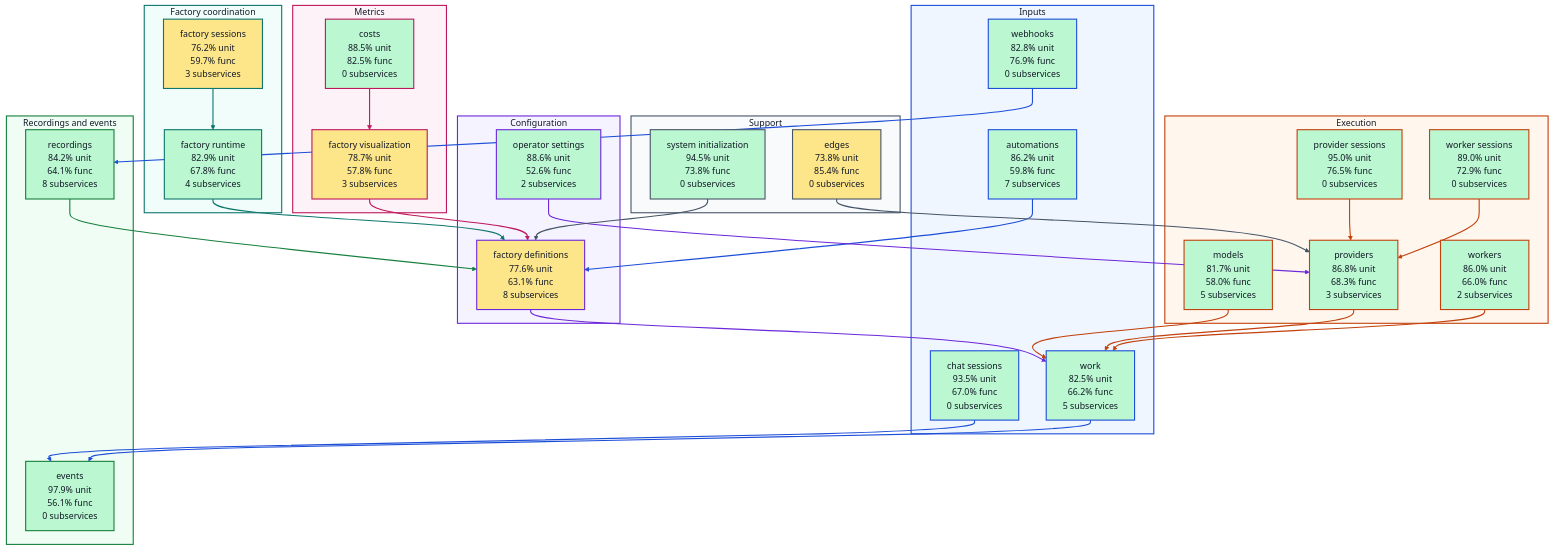
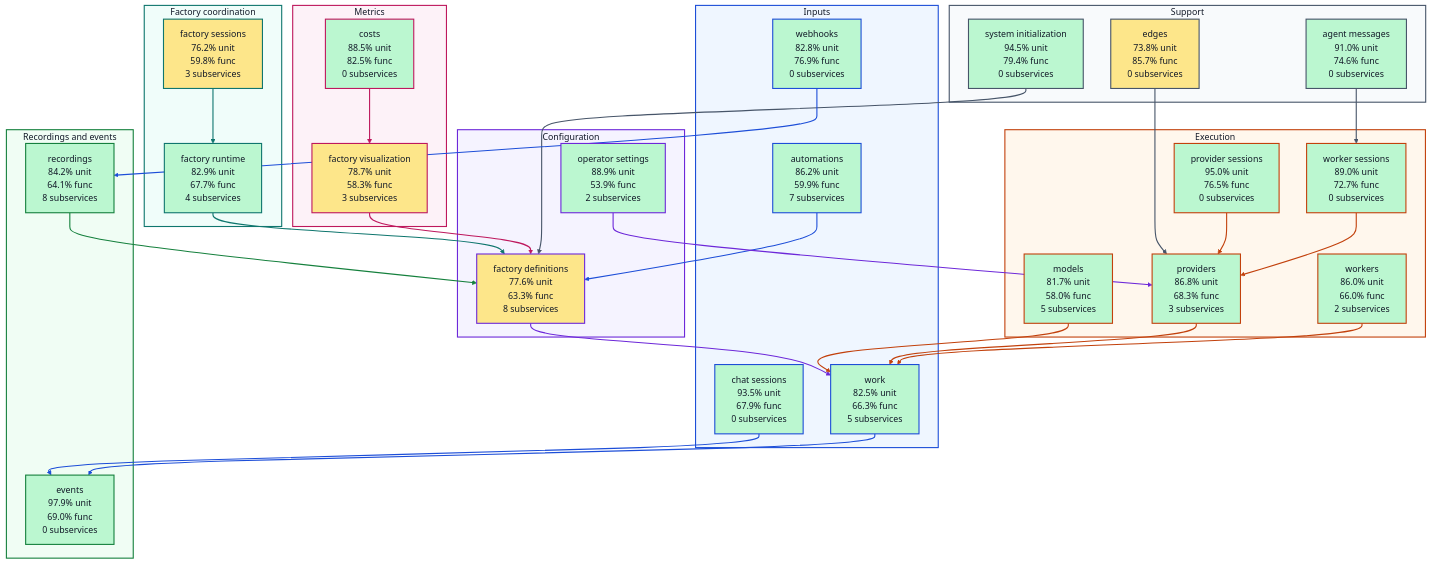
The diagram in docs/architecture/visualizations/high-level-test-coverage.md (portpowered/you-agent-factory), drawn with Mermaid (forest theme) before and after one commit. The commit also changed other lines of this file and 21 other files, not shown here.

Commit message:
docs: refresh backend architecture visualizations

````diff
--- a/docs/architecture/visualizations/high-level-test-coverage.md
+++ b/docs/architecture/visualizations/high-level-test-coverage.md
@@ -11,38 +11,40 @@
 ```mermaid
 flowchart TB
   subgraph input["Inputs"]
-    s_services_automations["automations<br/>86.2% unit<br/>59.8% func<br/>7 subservices"]
-    s_services_chat_sessions["chat sessions<br/>93.5% unit<br/>67.0% func<br/>0 subservices"]
+    s_services_automations["automations<br/>86.2% unit<br/>59.9% func<br/>7 subservices"]
+    s_services_chat_sessions["chat sessions<br/>93.5% unit<br/>67.9% func<br/>0 subservices"]
     s_services_webhooks["webhooks<br/>82.8% unit<br/>76.9% func<br/>0 subservices"]
-    s_services_work["work<br/>82.5% unit<br/>66.2% func<br/>5 subservices"]
+    s_services_work["work<br/>82.5% unit<br/>66.3% func<br/>5 subservices"]
   end
   subgraph configuration["Configuration"]
-    s_services_factory_definitions["factory definitions<br/>77.6% unit<br/>63.1% func<br/>8 subservices"]
-    s_services_operator_settings["operator settings<br/>88.6% unit<br/>52.6% func<br/>2 subservices"]
+    s_services_factory_definitions["factory definitions<br/>77.6% unit<br/>63.3% func<br/>8 subservices"]
+    s_services_operator_settings["operator settings<br/>88.9% unit<br/>53.9% func<br/>2 subservices"]
   end
   subgraph coordination["Factory coordination"]
-    s_services_factory_runtime["factory runtime<br/>82.9% unit<br/>67.8% func<br/>4 subservices"]
-    s_services_factory_sessions["factory sessions<br/>76.2% unit<br/>59.7% func<br/>3 subservices"]
+    s_services_factory_runtime["factory runtime<br/>82.9% unit<br/>67.7% func<br/>4 subservices"]
+    s_services_factory_sessions["factory sessions<br/>76.2% unit<br/>59.8% func<br/>3 subservices"]
   end
   subgraph execution["Execution"]
     s_services_models["models<br/>81.7% unit<br/>58.0% func<br/>5 subservices"]
     s_services_provider_sessions["provider sessions<br/>95.0% unit<br/>76.5% func<br/>0 subservices"]
     s_services_providers["providers<br/>86.8% unit<br/>68.3% func<br/>3 subservices"]
-    s_services_worker_sessions["worker sessions<br/>89.0% unit<br/>72.9% func<br/>0 subservices"]
+    s_services_worker_sessions["worker sessions<br/>89.0% unit<br/>72.7% func<br/>0 subservices"]
     s_services_workers["workers<br/>86.0% unit<br/>66.0% func<br/>2 subservices"]
   end
   subgraph recordings["Recordings and events"]
-    s_services_events["events<br/>97.9% unit<br/>56.1% func<br/>0 subservices"]
+    s_services_events["events<br/>97.9% unit<br/>69.0% func<br/>0 subservices"]
     s_services_recordings["recordings<br/>84.2% unit<br/>64.1% func<br/>8 subservices"]
   end
   subgraph metrics["Metrics"]
     s_services_costs["costs<br/>88.5% unit<br/>82.5% func<br/>0 subservices"]
-    s_services_factory_visualization["factory visualization<br/>78.7% unit<br/>57.8% func<br/>3 subservices"]
+    s_services_factory_visualization["factory visualization<br/>78.7% unit<br/>58.3% func<br/>3 subservices"]
   end
   subgraph support["Support"]
-    s_services_edges["edges<br/>73.8% unit<br/>85.4% func<br/>0 subservices"]
-    s_services_system_initialization["system initialization<br/>94.5% unit<br/>73.8% func<br/>0 subservices"]
+    s_services_agent_messages["agent messages<br/>91.0% unit<br/>74.6% func<br/>0 subservices"]
+    s_services_edges["edges<br/>73.8% unit<br/>85.7% func<br/>0 subservices"]
+    s_services_system_initialization["system initialization<br/>94.5% unit<br/>79.4% func<br/>0 subservices"]
   end
+  s_services_agent_messages --> s_services_worker_sessions
   s_services_automations --> s_services_factory_definitions
   s_services_chat_sessions --> s_services_events
   s_services_costs --> s_services_factory_visualization
@@ -61,6 +63,7 @@
   s_services_work --> s_services_events
   s_services_worker_sessions --> s_services_providers
   s_services_workers --> s_services_work
+  style s_services_agent_messages fill:#bbf7d0,stroke:#475569,stroke-width:2px,color:#111827
   style s_services_automations fill:#bbf7d0,stroke:#1d4ed8,stroke-width:2px,color:#111827
   style s_services_chat_sessions fill:#bbf7d0,stroke:#1d4ed8,stroke-width:2px,color:#111827
   style s_services_costs fill:#bbf7d0,stroke:#be185d,stroke-width:2px,color:#111827
@@ -87,22 +90,23 @@
   style recordings fill:#f0fdf4,stroke:#15803d,stroke-width:2px,color:#111827
   style metrics fill:#fdf2f8,stroke:#be185d,stroke-width:2px,color:#111827
   style support fill:#f8fafc,stroke:#475569,stroke-width:2px,color:#111827
-  linkStyle 0 stroke:#1d4ed8,stroke-width:2px
+  linkStyle 0 stroke:#475569,stroke-width:2px
   linkStyle 1 stroke:#1d4ed8,stroke-width:2px
-  linkStyle 2 stroke:#be185d,stroke-width:2px
-  linkStyle 3 stroke:#475569,stroke-width:2px
-  linkStyle 4 stroke:#6d28d9,stroke-width:2px
-  linkStyle 5 stroke:#0f766e,stroke-width:2px
+  linkStyle 2 stroke:#1d4ed8,stroke-width:2px
+  linkStyle 3 stroke:#be185d,stroke-width:2px
+  linkStyle 4 stroke:#475569,stroke-width:2px
+  linkStyle 5 stroke:#6d28d9,stroke-width:2px
   linkStyle 6 stroke:#0f766e,stroke-width:2px
-  linkStyle 7 stroke:#be185d,stroke-width:2px
-  linkStyle 8 stroke:#c2410c,stroke-width:2px
-  linkStyle 9 stroke:#6d28d9,stroke-width:2px
-  linkStyle 10 stroke:#c2410c,stroke-width:2px
+  linkStyle 7 stroke:#0f766e,stroke-width:2px
+  linkStyle 8 stroke:#be185d,stroke-width:2px
+  linkStyle 9 stroke:#c2410c,stroke-width:2px
+  linkStyle 10 stroke:#6d28d9,stroke-width:2px
   linkStyle 11 stroke:#c2410c,stroke-width:2px
-  linkStyle 12 stroke:#15803d,stroke-width:2px
-  linkStyle 13 stroke:#475569,stroke-width:2px
-  linkStyle 14 stroke:#1d4ed8,stroke-width:2px
+  linkStyle 12 stroke:#c2410c,stroke-width:2px
+  linkStyle 13 stroke:#15803d,stroke-width:2px
+  linkStyle 14 stroke:#475569,stroke-width:2px
   linkStyle 15 stroke:#1d4ed8,stroke-width:2px
-  linkStyle 16 stroke:#c2410c,stroke-width:2px
+  linkStyle 16 stroke:#1d4ed8,stroke-width:2px
   linkStyle 17 stroke:#c2410c,stroke-width:2px
+  linkStyle 18 stroke:#c2410c,stroke-width:2px
 ```
````
